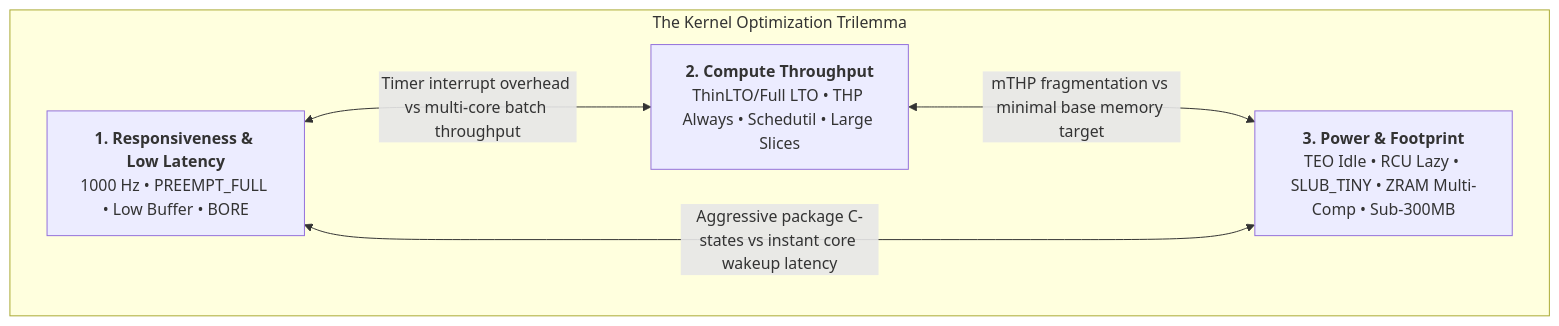
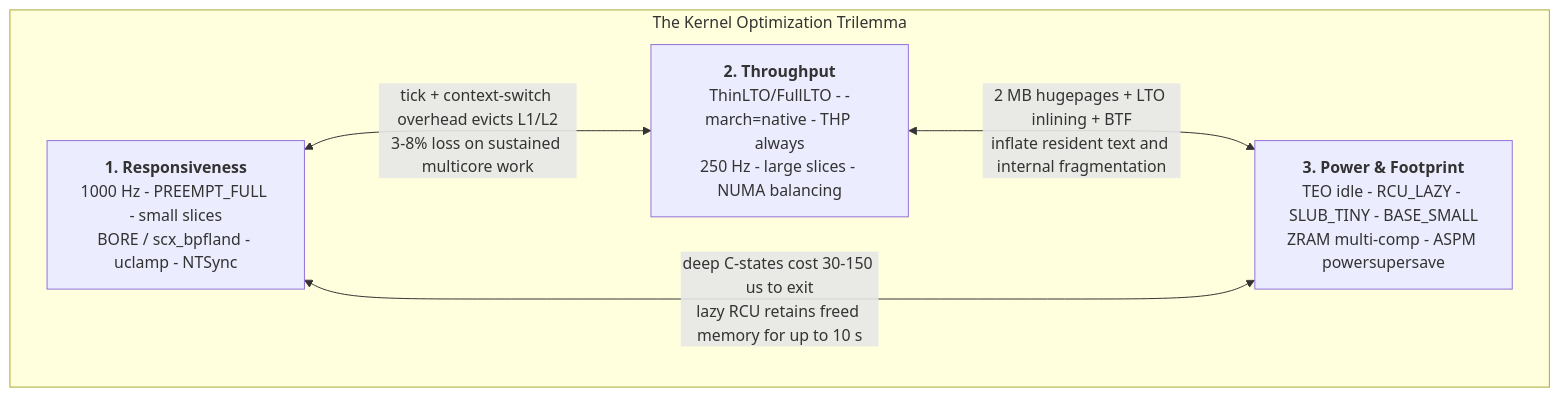
Before and after one commit to Sidon137/dusky: the fourth of 7 diagrams in Documents/pensive/linux/Important Notes/Kernal/Dusky_Kernel_Compiler_Manual.md, drawn with Mermaid. The commit also changed other lines of this file, not shown here.

````diff
--- a/Documents/pensive/linux/Important Notes/Kernal/Dusky_Kernel_Compiler_Manual.md
+++ b/Documents/pensive/linux/Important Notes/Kernal/Dusky_Kernel_Compiler_Manual.md
@@ -137,11 +263,11 @@
 ```mermaid
 flowchart TD
     subgraph Trilemma["The Kernel Optimization Trilemma"]
-        A["<b>1. Responsiveness & Low Latency</b><br>1000 Hz • PREEMPT_FULL • Low Buffer • BORE"]
-        B["<b>2. Compute Throughput</b><br>ThinLTO/Full LTO • THP Always • Schedutil • Large Slices"]
-        C["<b>3. Power & Footprint</b><br>TEO Idle • RCU Lazy • SLUB_TINY • ZRAM Multi-Comp • Sub-300MB"]
-        A <--->|"Timer interrupt overhead vs multi-core batch throughput"| B
-        B <--->|"mTHP fragmentation vs minimal base memory target"| C
-        C <--->|"Aggressive package C-states vs instant core wakeup latency"| A
+        A["<b>1. Responsiveness</b><br>1000 Hz - PREEMPT_FULL - small slices<br>BORE / scx_bpfland - uclamp - NTSync"]
+        B["<b>2. Throughput</b><br>ThinLTO/FullLTO - -march=native - THP always<br>250 Hz - large slices - NUMA balancing"]
+        C["<b>3. Power & Footprint</b><br>TEO idle - RCU_LAZY - SLUB_TINY - BASE_SMALL<br>ZRAM multi-comp - ASPM powersupersave"]
+        A <---> |"tick + context-switch overhead evicts L1/L2<br>3-8% loss on sustained multicore work"| B
+        B <---> |"2 MB hugepages + LTO inlining + BTF<br>inflate resident text and internal fragmentation"| C
+        C <---> |"deep C-states cost 30-150 us to exit<br>lazy RCU retains freed memory for up to 10 s"| A
     end
 ```
````
